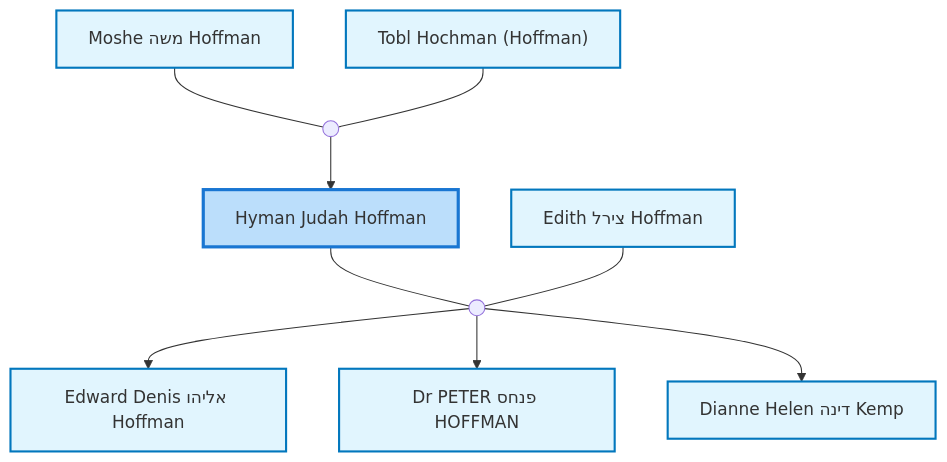
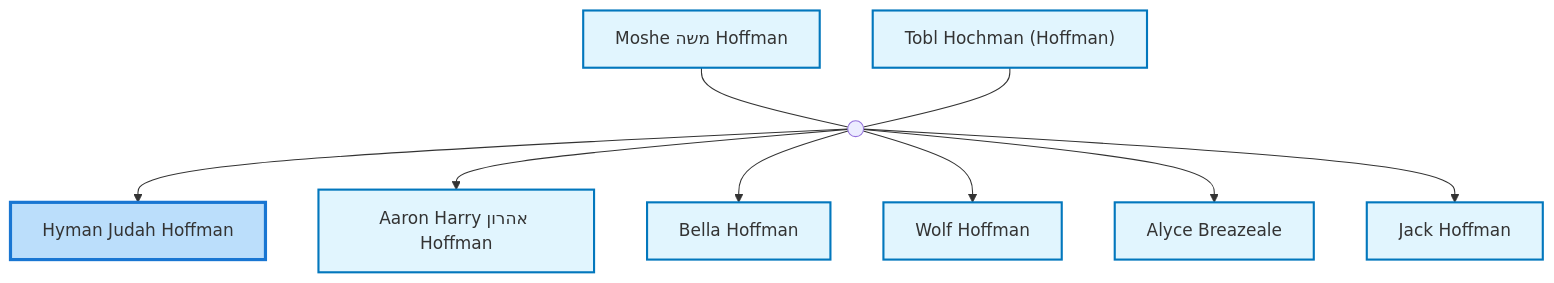
The first of 3 diagrams in site/content/profiles/Hyman Judah Hoffman.md (moshehoff/FamilyHistory), drawn with Mermaid before and after one commit. The commit also changed 244 other files, not shown here.

Commit message:
Change Nuclear Family diagram to show parents and siblings, update site title to 'Hoffman Family History', revert diagram zoom to simple scaling

````diff
--- a/site/content/profiles/Hyman Judah Hoffman.md
+++ b/site/content/profiles/Hyman Judah Hoffman.md
@@ -22,37 +22,39 @@
 ```mermaid
 flowchart TD
 classDef person fill:#e1f5fe,stroke:#0277bd,stroke-width:2px;
 classDef internal-link fill:#e1f5fe,stroke:#0277bd,stroke-width:2px;
 classDef current fill:#bbdefb,stroke:#1976d2,stroke-width:3px;
 idI11052350["Hyman Judah Hoffman"]
 class idI11052350 current
 click idI11052350 "../profiles/Hyman-Judah-Hoffman" "Hyman Judah Hoffman"
 idI11052340["Moshe משה Hoffman"]
 class idI11052340 internal-link
 click idI11052340 "../profiles/Moshe-%D7%9E%D7%A9%D7%94-Hoffman" "Moshe משה Hoffman"
 idI38735986["Tobl Hochman (Hoffman)"]
 class idI38735986 internal-link
 click idI38735986 "../profiles/Tobl-Hochman-%28Hoffman%29" "Tobl Hochman (Hoffman)"
 marriage_idF3776794((" "))
 idI11052340 --- marriage_idF3776794
 idI38735986 --- marriage_idF3776794
 marriage_idF3776794 --> idI11052350
-idI38516664["Edith צירל Hoffman"]
-class idI38516664 internal-link
-click idI38516664 "../profiles/Edith-%D7%A6%D7%99%D7%A8%D7%9C-Hoffman" "Edith צירל Hoffman"
-marriage_idF13161432((" "))
-idI11052350 --- marriage_idF13161432
-idI38516664 --- marriage_idF13161432
-idI38516763["Edward Denis אליהו Hoffman"]
-class idI38516763 internal-link
-click idI38516763 "../profiles/Edward-Denis-%D7%90%D7%9C%D7%99%D7%94%D7%95-Hoffman" "Edward Denis אליהו Hoffman"
-marriage_idF13161432 --> idI38516763
-idI11052359["Dr PETER פנחס HOFFMAN"]
-class idI11052359 internal-link
-click idI11052359 "../profiles/Dr-PETER-%D7%A4%D7%A0%D7%97%D7%A1-HOFFMAN" "Dr PETER פנחס HOFFMAN"
-marriage_idF13161432 --> idI11052359
-idI38516790["Dianne Helen דינה Kemp"]
-class idI38516790 internal-link
-click idI38516790 "../profiles/Dianne-Helen-%D7%93%D7%99%D7%A0%D7%94-Kemp" "Dianne Helen דינה Kemp"
-marriage_idF13161432 --> idI38516790
+idI38736184["Aaron Harry אהרון Hoffman"]
+class idI38736184 internal-link
+click idI38736184 "../profiles/Aaron-Harry-%D7%90%D7%94%D7%A8%D7%95%D7%9F-Hoffman" "Aaron Harry אהרון Hoffman"
+marriage_idF3776794 --> idI38736184
+idI38736293["Bella Hoffman"]
+class idI38736293 internal-link
+click idI38736293 "../profiles/Bella-Hoffman" "Bella Hoffman"
+marriage_idF3776794 --> idI38736293
+idI7293825["Wolf Hoffman"]
+class idI7293825 internal-link
+click idI7293825 "../profiles/Wolf-Hoffman" "Wolf Hoffman"
+marriage_idF3776794 --> idI7293825
+idI61277011["Alyce Breazeale"]
+class idI61277011 internal-link
+click idI61277011 "../profiles/Alyce-Breazeale" "Alyce Breazeale"
+marriage_idF3776794 --> idI61277011
+idI38736559["Jack Hoffman"]
+class idI38736559 internal-link
+click idI38736559 "../profiles/Jack-Hoffman" "Jack Hoffman"
+marriage_idF3776794 --> idI38736559
 ```
````
